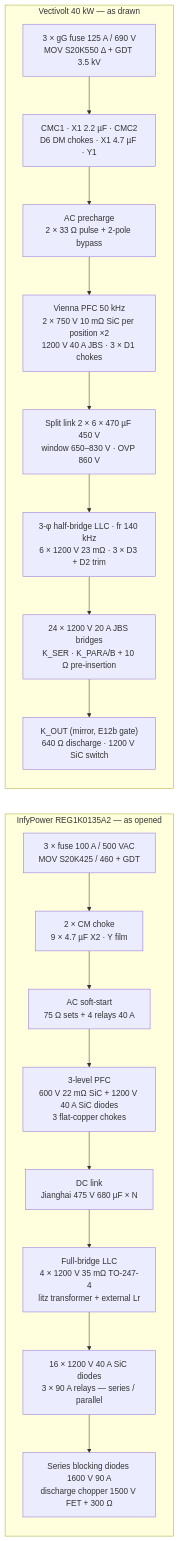
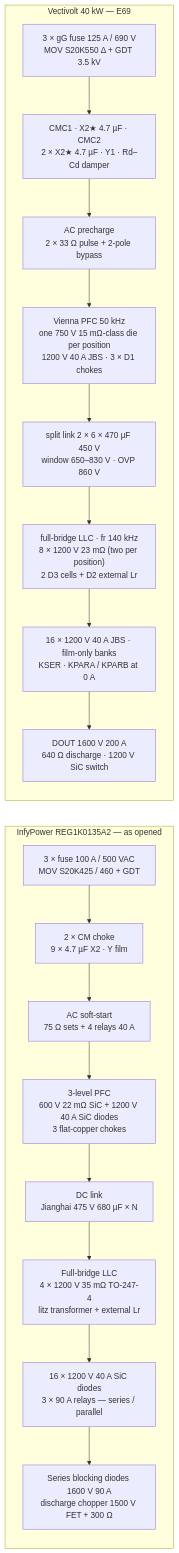
The first of 3 diagrams in docs/benchmark-infypower-teardown.md (vectivolt/DC-Modules), drawn with Mermaid before and after one commit. The commit also changed other lines of this file and 222 other files, not shown here.

````diff
--- a/docs/benchmark-infypower-teardown.md
+++ b/docs/benchmark-infypower-teardown.md
@@ -70,23 +61,23 @@
 ```mermaid
 flowchart LR
   subgraph INFY["InfyPower REG1K0135A2 — as opened"]
     direction TB
     IF["3 × fuse 100 A / 500 VAC<br/>MOV S20K425 / 460 + GDT"] --> IE["2 × CM choke<br/>9 × 4.7 µF X2 · Y film"]
     IE --> IP["AC soft-start<br/>75 Ω sets + 4 relays 40 A"]
     IP --> IV["3-level PFC<br/>600 V 22 mΩ SiC + 1200 V 40 A SiC diodes<br/>3 flat-copper chokes"]
     IV --> IL["DC link<br/>Jianghai 475 V 680 µF × N"]
     IL --> ID["Full-bridge LLC<br/>4 × 1200 V 35 mΩ TO-247-4<br/>litz transformer + external Lr"]
     ID --> IS["16 × 1200 V 40 A SiC diodes<br/>3 × 90 A relays — series / parallel"]
     IS --> IO["Series blocking diodes 1600 V 90 A<br/>discharge chopper 1500 V FET + 300 Ω"]
   end
-  subgraph VV["Vectivolt 40 kW — as drawn"]
+  subgraph VV["Vectivolt 40 kW — E69"]
     direction TB
-    VF["3 × gG fuse 125 A / 690 V<br/>MOV S20K550 Δ + GDT 3.5 kV"] --> VE["CMC1 · X1 2.2 µF · CMC2<br/>D6 DM chokes · X1 4.7 µF · Y1"]
+    VF["3 × gG fuse 125 A / 690 V<br/>MOV S20K550 Δ + GDT 3.5 kV"] --> VE["CMC1 · X2★ 4.7 µF · CMC2<br/>2 × X2★ 4.7 µF · Y1 · Rd–Cd damper"]
     VE --> VP["AC precharge<br/>2 × 33 Ω pulse + 2-pole bypass"]
-    VP --> VV1["Vienna PFC 50 kHz<br/>2 × 750 V 10 mΩ SiC per position ×2<br/>1200 V 40 A JBS · 3 × D1 chokes"]
-    VV1 --> VL["Split link 2 × 6 × 470 µF 450 V<br/>window 650–830 V · OVP 860 V"]
-    VL --> VD["3-φ half-bridge LLC · fr 140 kHz<br/>6 × 1200 V 23 mΩ · 3 × D3 + D2 trim"]
-    VD --> VS["24 × 1200 V 20 A JBS bridges<br/>K_SER · K_PARA/B + 10 Ω pre-insertion"]
-    VS --> VO["K_OUT (mirror, E12b gate)<br/>640 Ω discharge · 1200 V SiC switch"]
+    VP --> VV1["Vienna PFC 50 kHz<br/>one 750 V 15 mΩ-class die per position<br/>1200 V 40 A JBS · 3 × D1 chokes"]
+    VV1 --> VL["split link 2 × 6 × 470 µF 450 V<br/>window 650–830 V · OVP 860 V"]
+    VL --> VD["full-bridge LLC · fr 140 kHz<br/>8 × 1200 V 23 mΩ (two per position)<br/>2 D3 cells + D2 external Lr"]
+    VD --> VS["16 × 1200 V 40 A JBS · film-only banks<br/>KSER · KPARA / KPARB at 0 A"]
+    VS --> VO["DOUT 1600 V 200 A<br/>640 Ω discharge · 1200 V SiC switch"]
   end
 ```
````
